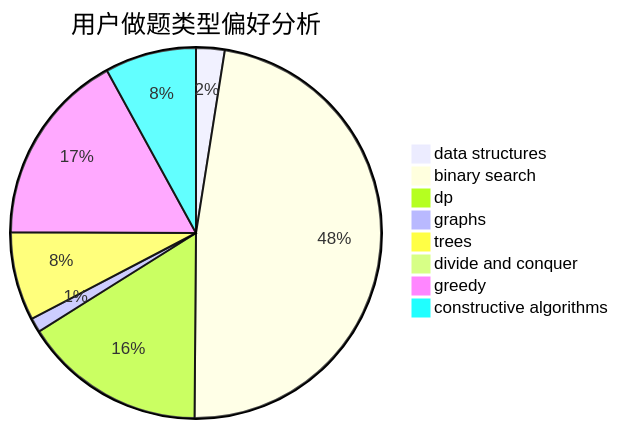
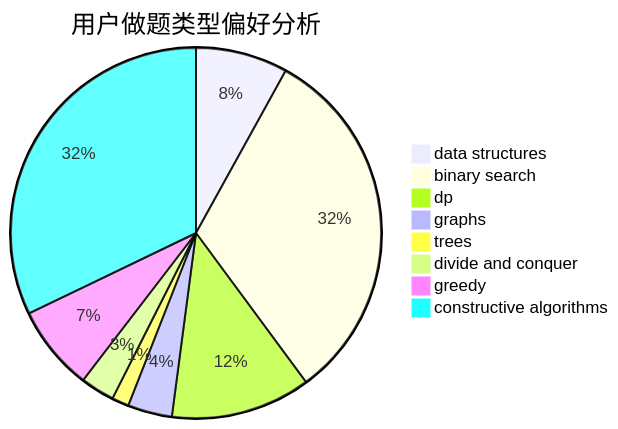
Before and after one commit to sherpahu/cfrs.github.io: the second of 3 diagrams in docs/user/u61.md, drawn with Mermaid. The commit also changed other lines of this file and 2770 other files, not shown here.

````diff
--- a/docs/user/u61.md
+++ b/docs/user/u61.md
@@ -23,11 +23,11 @@
 ```mermaid
 pie title 用户做题类型偏好分析
-    "data structures" :  10
-    "binary search" :  191
-    "dp" :  64
-    "graphs" :  5
-    "trees" :  31
-    "divide and conquer" :  0
-    "greedy" :  68
-    "constructive algorithms" :  32
+    "data structures" :  27
+    "binary search" :  107
+    "dp" :  41
+    "graphs" :  13
+    "trees" :  5
+    "divide and conquer" :  10
+    "greedy" :  25
+    "constructive algorithms" :  108
 ```
````
